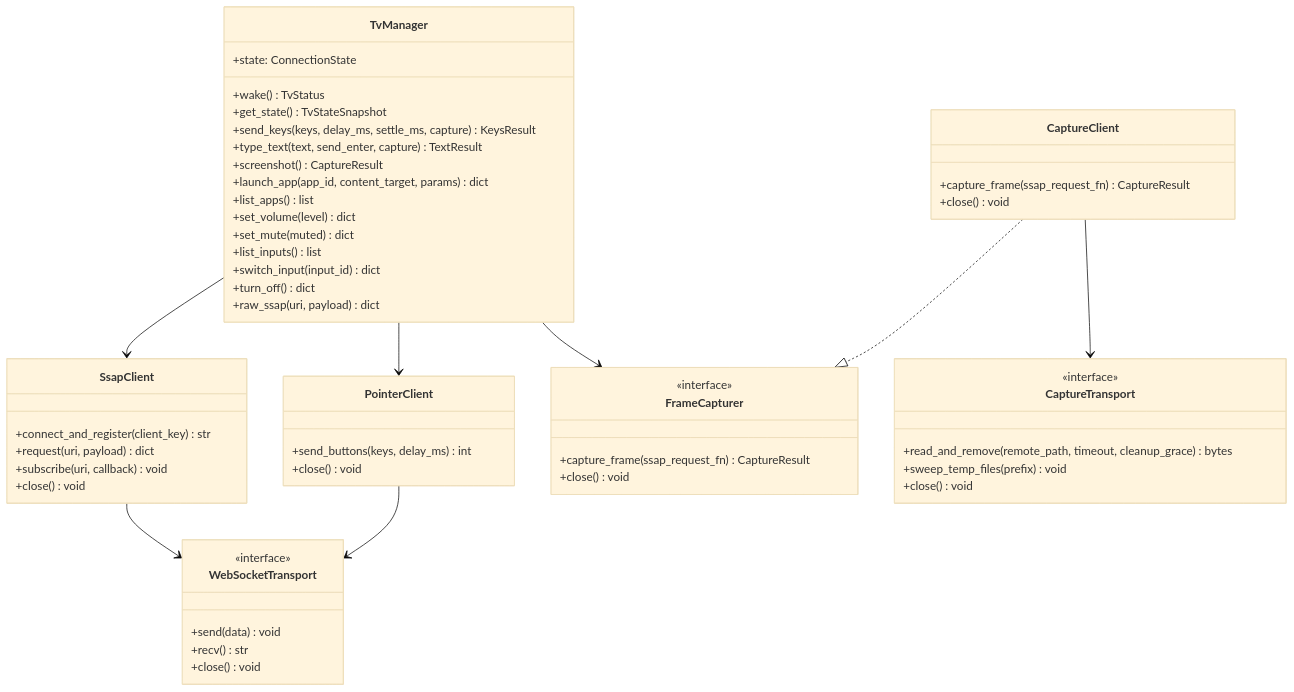
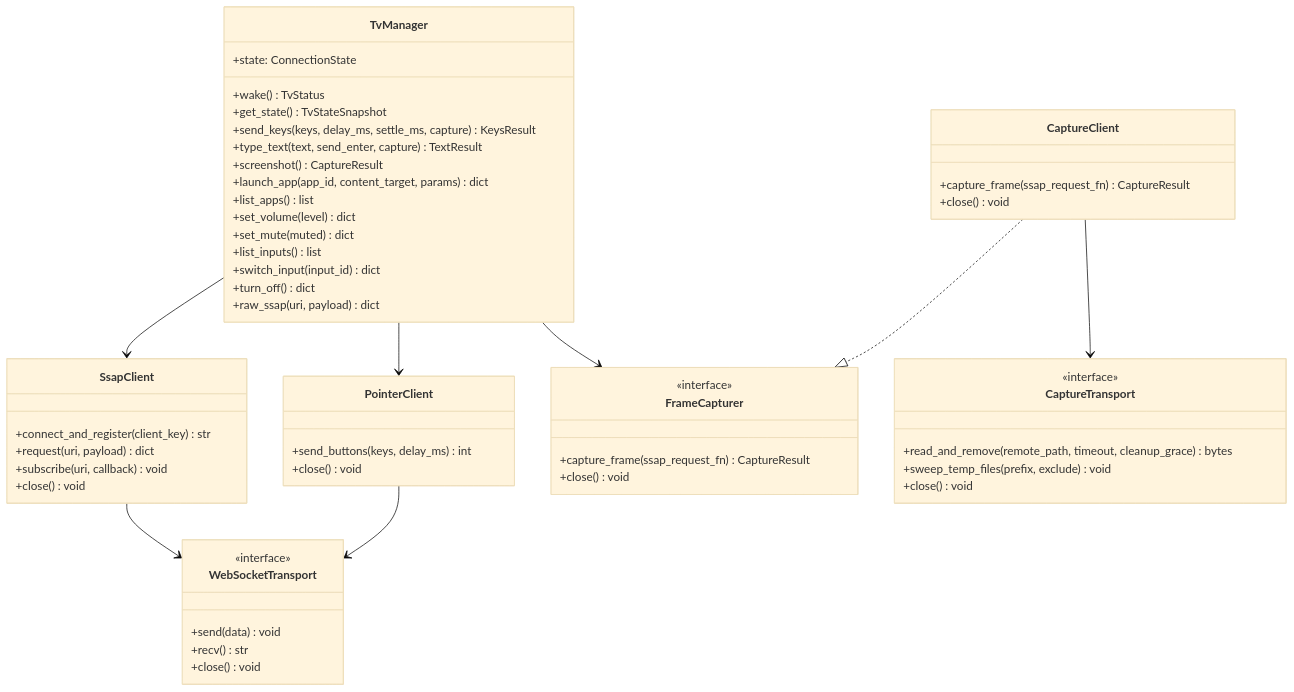
Before and after one commit to kiskaadee/lg-smtv-mcp: the first of 2 diagrams in docs/designs/lg-smtv-mcp.md, drawn with Mermaid (base theme). The commit also changed other lines of this file and 5 other files, not shown here.

````diff
--- a/docs/designs/lg-smtv-mcp.md
+++ b/docs/designs/lg-smtv-mcp.md
@@ -90,57 +91,57 @@
 ```mermaid
 classDiagram
     class TvManager {
         +state: ConnectionState
         +wake() TvStatus
         +get_state() TvStateSnapshot
         +send_keys(keys, delay_ms, settle_ms, capture) KeysResult
         +type_text(text, send_enter, capture) TextResult
         +screenshot() CaptureResult
         +launch_app(app_id, content_target, params) dict
         +list_apps() list
         +set_volume(level) dict
         +set_mute(muted) dict
         +list_inputs() list
         +switch_input(input_id) dict
         +turn_off() dict
         +raw_ssap(uri, payload) dict
     }
     class SsapClient {
         +connect_and_register(client_key) str
         +request(uri, payload) dict
         +subscribe(uri, callback) void
         +close() void
     }
     class PointerClient {
         +send_buttons(keys, delay_ms) int
         +close() void
     }
     class FrameCapturer {
         <<interface>>
         +capture_frame(ssap_request_fn) CaptureResult
         +close() void
     }
     class CaptureClient {
         +capture_frame(ssap_request_fn) CaptureResult
         +close() void
     }
     class WebSocketTransport {
         <<interface>>
         +send(data) void
         +recv() str
         +close() void
     }
     class CaptureTransport {
         <<interface>>
         +read_and_remove(remote_path, timeout, cleanup_grace) bytes
-        +sweep_temp_files(prefix) void
+        +sweep_temp_files(prefix, exclude) void
         +close() void
     }
     TvManager --> SsapClient
     TvManager --> PointerClient
     TvManager --> FrameCapturer
     CaptureClient ..|> FrameCapturer
     SsapClient --> WebSocketTransport
     PointerClient --> WebSocketTransport
     CaptureClient --> CaptureTransport
 ```
````
